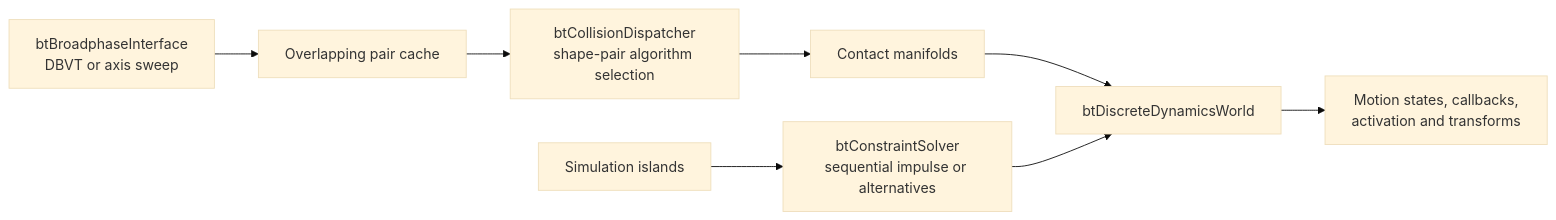
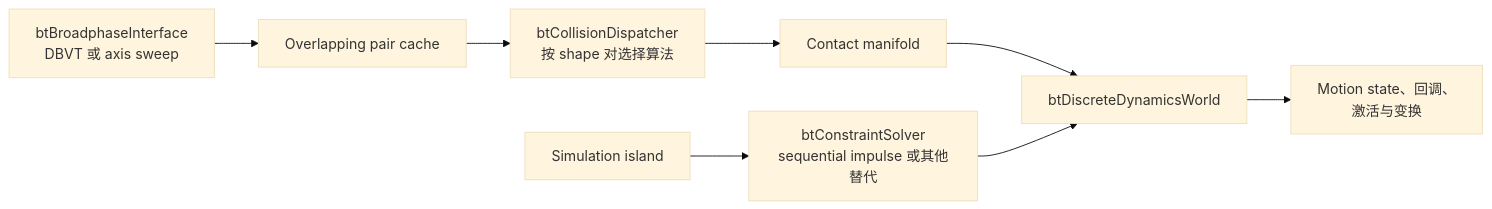
Before and after one commit to pps43/pps43.github.io: the fourth of 5 diagrams in content/posts/notes_on_physics_engine/index.md, drawn with Mermaid (base theme). The commit also changed other lines of this file and 2 other files, not shown here.

````diff
--- a/content/posts/notes_on_physics_engine/index.md
+++ b/content/posts/notes_on_physics_engine/index.md
@@ -475,10 +426,10 @@
 ```mermaid
 flowchart LR
-    BP["btBroadphaseInterface<br/>DBVT or axis sweep"] --> PC["Overlapping pair cache"]
-    PC --> D["btCollisionDispatcher<br/>shape-pair algorithm selection"]
-    D --> M["Contact manifolds"]
+    BP["btBroadphaseInterface<br/>DBVT 或 axis sweep"] --> PC["Overlapping pair cache"]
+    PC --> D["btCollisionDispatcher<br/>按 shape 对选择算法"]
+    D --> M["Contact manifold"]
     M --> W["btDiscreteDynamicsWorld"]
-    S["btConstraintSolver<br/>sequential impulse or alternatives"] --> W
-    I["Simulation islands"] --> S
-    W --> O["Motion states, callbacks,<br/>activation and transforms"]
+    S["btConstraintSolver<br/>sequential impulse 或其他替代"] --> W
+    I["Simulation island"] --> S
+    W --> O["Motion state、回调、<br/>激活与变换"]
 ```
````
